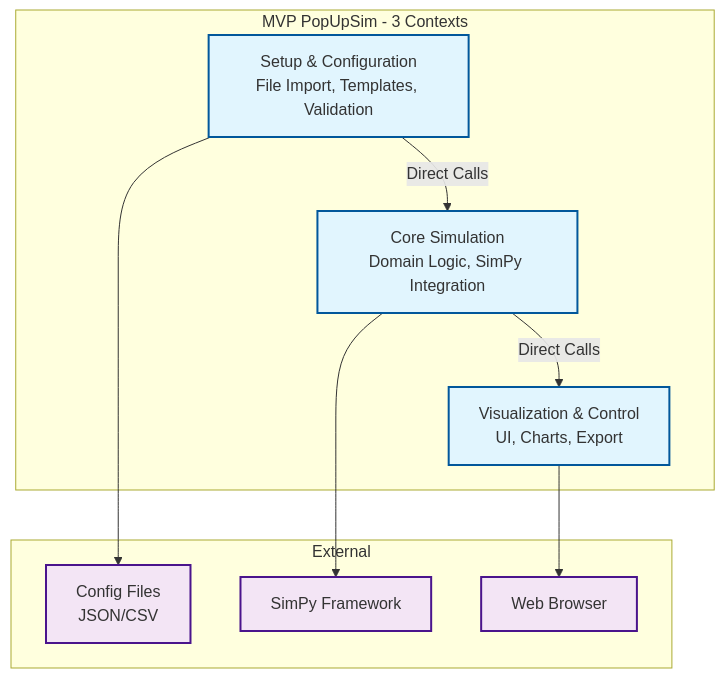
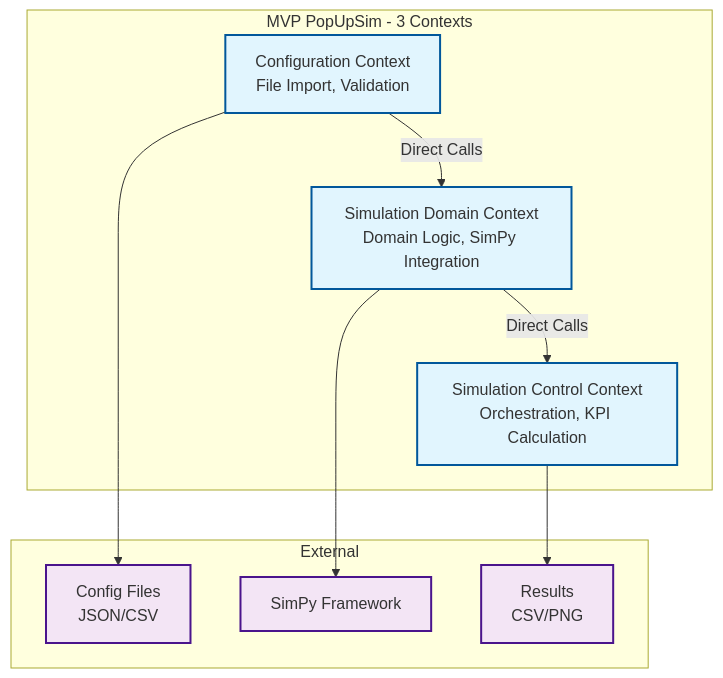
Before and after one commit to OpenRailAssociation/dac-migration-dss-popupsim: the first of 2 diagrams in docs/mvp/development/02-mvp-contexts.md, drawn with Mermaid. The commit also changed other lines of this file and 22 other files, not shown here.

````diff
--- a/docs/mvp/development/02-mvp-contexts.md
+++ b/docs/mvp/development/02-mvp-contexts.md
@@ -7,27 +9,27 @@
 ```mermaid
 graph TB
     subgraph "MVP PopUpSim - 3 Contexts"
-        SC[Setup & Configuration<br/>File Import, Templates, Validation]
-        CS[Core Simulation<br/>Domain Logic, SimPy Integration]
-        VC[Visualization & Control<br/>UI, Charts, Export]
+        CC[Configuration Context<br/>File Import, Validation]
+        SDC[Simulation Domain Context<br/>Domain Logic, SimPy Integration]
+        SCC[Simulation Control Context<br/>Orchestration, KPI Calculation]
     end
 
     subgraph "External"
         Files[Config Files<br/>JSON/CSV]
         SimPy[SimPy Framework]
-        Browser[Web Browser]
+        Output[Results<br/>CSV/PNG]
     end
 
-    SC --> Files
-    CS --> SimPy
-    VC --> Browser
+    CC --> Files
+    SDC --> SimPy
+    SCC --> Output
 
-    SC -->|Direct Calls| CS
-    CS -->|Direct Calls| VC
+    CC -->|Direct Calls| SDC
+    SDC -->|Direct Calls| SCC
 
     classDef context fill:#e1f5fe,stroke:#01579b,stroke-width:2px
     classDef external fill:#f3e5f5,stroke:#4a148c,stroke-width:2px
 
-    class SC,CS,VC context
-    class Files,SimPy,Browser external
+    class CC,SDC,SCC context
+    class Files,SimPy,Output external
 ```
````
